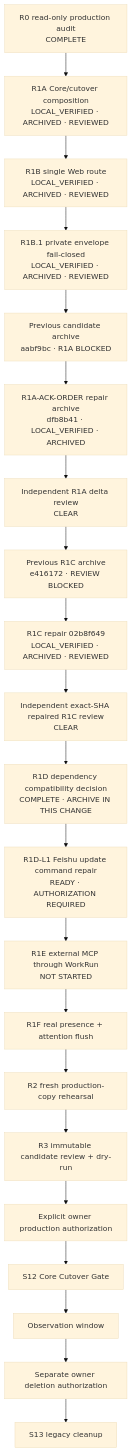
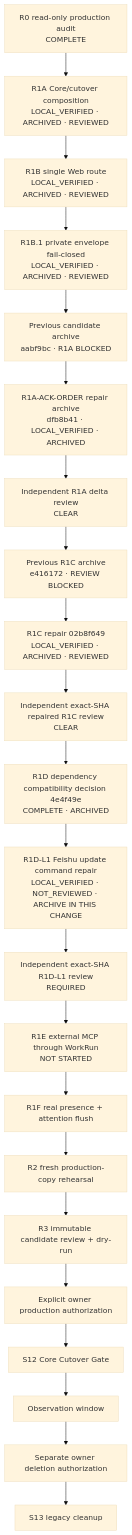
One commit to F-crystal/ran-agent changed the diagram in docs/governance/s12-readiness-topology.md. Above: the diagram before and after it, drawn with Mermaid (base theme). The commit also changed other lines of this file and 7 other files, not shown here.

````diff
--- a/docs/governance/s12-readiness-topology.md
+++ b/docs/governance/s12-readiness-topology.md
@@ -39,23 +39,24 @@
 ```mermaid
 flowchart TD
     R0["R0 read-only production audit<br/>COMPLETE"] --> R1A["R1A Core/cutover composition<br/>LOCAL_VERIFIED · ARCHIVED · REVIEWED"]
     R1A --> R1B["R1B single Web route<br/>LOCAL_VERIFIED · ARCHIVED · REVIEWED"]
     R1B --> R1B1["R1B.1 private envelope fail-closed<br/>LOCAL_VERIFIED · ARCHIVED · REVIEWED"]
     R1B1 --> RA["Previous candidate archive<br/>aabf9bc · R1A BLOCKED"]
     RA --> RF["R1A-ACK-ORDER repair archive<br/>dfb8b41 · LOCAL_VERIFIED · ARCHIVED"]
     RF --> RI["Independent R1A delta review<br/>CLEAR"]
     RI --> R1C0["Previous R1C archive<br/>e416172 · REVIEW BLOCKED"]
     R1C0 --> R1C["R1C repair 02b8f649<br/>LOCAL_VERIFIED · ARCHIVED · REVIEWED"]
     R1C --> RC["Independent exact-SHA repaired R1C review<br/>CLEAR"]
-    RC --> R1D["R1D dependency compatibility decision<br/>COMPLETE · ARCHIVE IN THIS CHANGE"]
-    R1D --> R1DL1["R1D-L1 Feishu update command repair<br/>READY · AUTHORIZATION REQUIRED"]
-    R1DL1 --> R1E["R1E external MCP through WorkRun<br/>NOT STARTED"]
+    RC --> R1D["R1D dependency compatibility decision 4e4f49e<br/>COMPLETE · ARCHIVED"]
+    R1D --> R1DL1["R1D-L1 Feishu update command repair<br/>LOCAL_VERIFIED · NOT_REVIEWED · ARCHIVE IN THIS CHANGE"]
+    R1DL1 --> R1DL1R["Independent exact-SHA R1D-L1 review<br/>REQUIRED"]
+    R1DL1R --> R1E["R1E external MCP through WorkRun<br/>NOT STARTED"]
     R1E --> R1F["R1F real presence + attention flush"]
     R1F --> R2["R2 fresh production-copy rehearsal"]
     R2 --> R3["R3 immutable candidate review + dry-run"]
     R3 --> OA["Explicit owner production authorization"]
     OA --> S12["S12 Core Cutover Gate"]
     S12 --> OBS["Observation window"]
     OBS --> DA["Separate owner deletion authorization"]
     DA --> S13["S13 legacy cleanup"]
 ```
````
